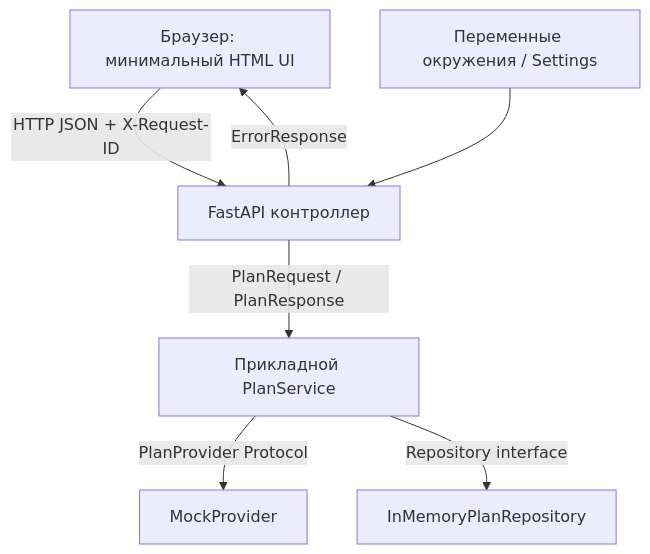
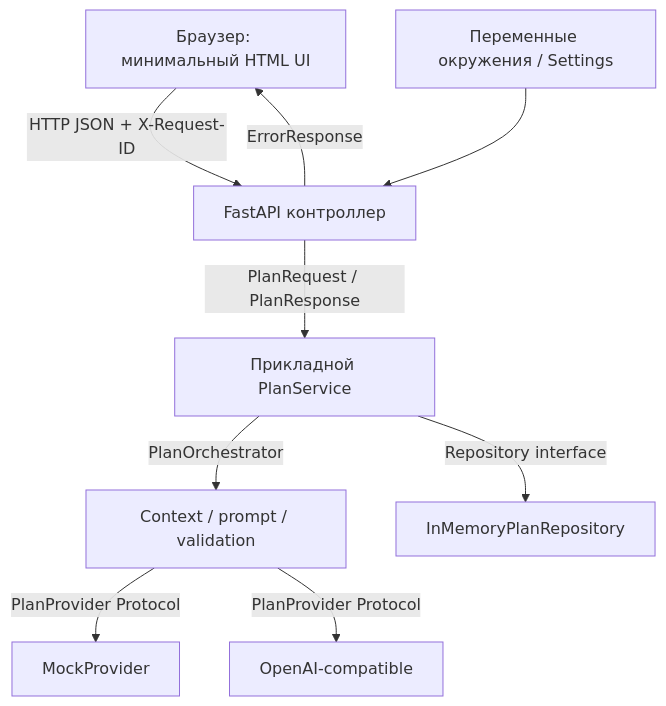
One commit to BobaBobus123/TripPlanner-AI changed the second of 2 diagrams in docs/architecture.md. Above: the diagram before and after it, drawn with Mermaid. The commit also changed other lines of this file and 30 other files, not shown here.

````diff
--- a/docs/architecture.md
+++ b/docs/architecture.md
@@ -18,9 +18,11 @@
 ```mermaid
 flowchart TB
     Browser[Браузер: минимальный HTML UI] -->|HTTP JSON + X-Request-ID| API[FastAPI контроллер]
     API -->|PlanRequest / PlanResponse| Service[Прикладной PlanService]
-    Service -->|PlanProvider Protocol| Mock[MockProvider]
+    Service -->|PlanOrchestrator| Orchestrator[Context / prompt / validation]
+    Orchestrator -->|PlanProvider Protocol| Mock[MockProvider]
+    Orchestrator -->|PlanProvider Protocol| Compat[OpenAI-compatible]
     Service -->|Repository interface| Memory[InMemoryPlanRepository]
     Settings[Переменные окружения / Settings] --> API
     API -->|ErrorResponse| Browser
 ```
````
